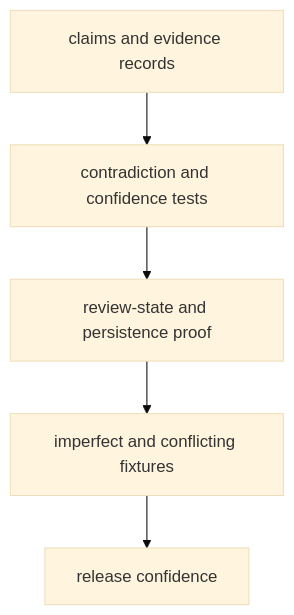
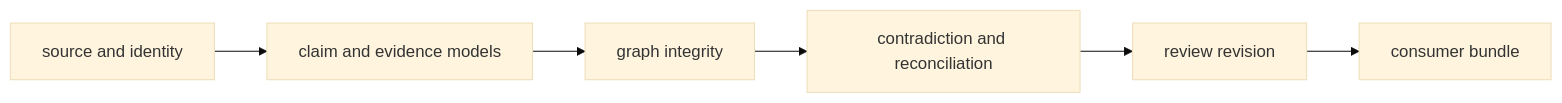
One commit to bijux/bijux-proteomics changed the diagram in docs/06-bijux-proteomics-knowledge/quality/test-strategy.md. Above: the diagram before and after it, drawn with Mermaid (base theme). The commit also changed other lines of this file and 2 other files, not shown here.

Commit message:
docs(knowledge): verify evidence custody chains

````diff
--- a/docs/06-bijux-proteomics-knowledge/quality/test-strategy.md
+++ b/docs/06-bijux-proteomics-knowledge/quality/test-strategy.md
@@ -18,13 +31,8 @@
 ```mermaid
-flowchart TB
-    records["claims and evidence records"]
-    meaning["contradiction and confidence tests"]
-    review["review-state and persistence proof"]
-    fixtures["imperfect and conflicting fixtures"]
-    release["release confidence"]
-
-    records --> meaning
-    meaning --> review
-    review --> fixtures
-    fixtures --> release
+flowchart LR
+    R["source and identity"] --> M["claim and evidence models"]
+    M --> G["graph integrity"]
+    G --> C["contradiction and reconciliation"]
+    C --> V["review revision"]
+    V --> B["consumer bundle"]
 ```
````
